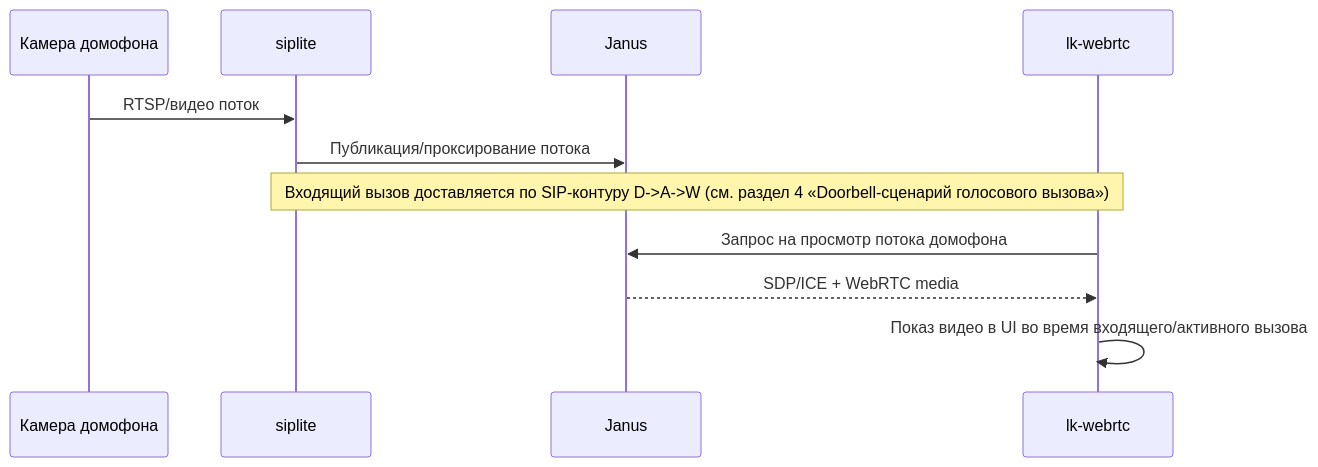
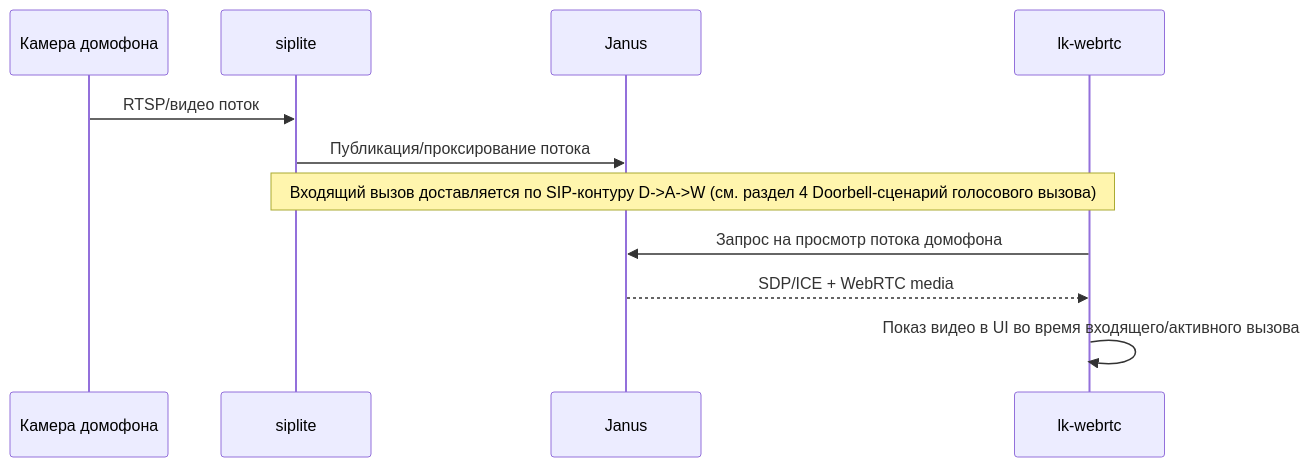
One commit to OlegLebedevRU/lk-webrtc changed the third of 5 diagrams in docs/md/solution-presentation.md. Above: the diagram before and after it, drawn with Mermaid. The commit also changed other lines of this file, not shown here.

Commit message:
docs: finalize mermaid compatibility and security requirement wording
Agent-Logs-Url: https://github.com/OlegLebedevRU/lk-webrtc/sessions/9c085f3a-039f-47b1-9cd7-99bd1e04060c

````diff
--- a/docs/md/solution-presentation.md
+++ b/docs/md/solution-presentation.md
@@ -87,14 +87,14 @@
 ```mermaid
 sequenceDiagram
     participant Cam as Камера домофона
     participant D as siplite
     participant J as Janus
     participant W as lk-webrtc
 
     Cam->>D: RTSP/видео поток
     D->>J: Публикация/проксирование потока
-    Note over D,W: Входящий вызов доставляется по SIP-контуру D->A->W (см. раздел 4 «Doorbell-сценарий голосового вызова»)
+    Note over D,W: Входящий вызов доставляется по SIP-контуру D->A->W (см. раздел 4 Doorbell-сценарий голосового вызова)
     W->>J: Запрос на просмотр потока домофона
     J-->>W: SDP/ICE + WebRTC media
     W->>W: Показ видео в UI во время входящего/активного вызова
 ```
````
